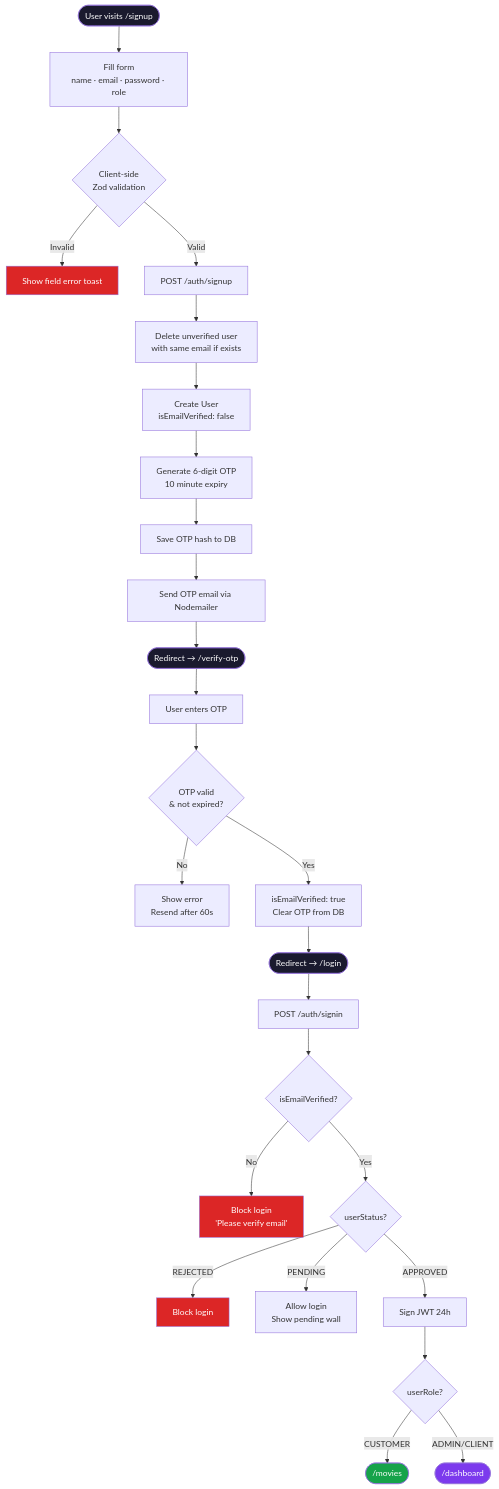
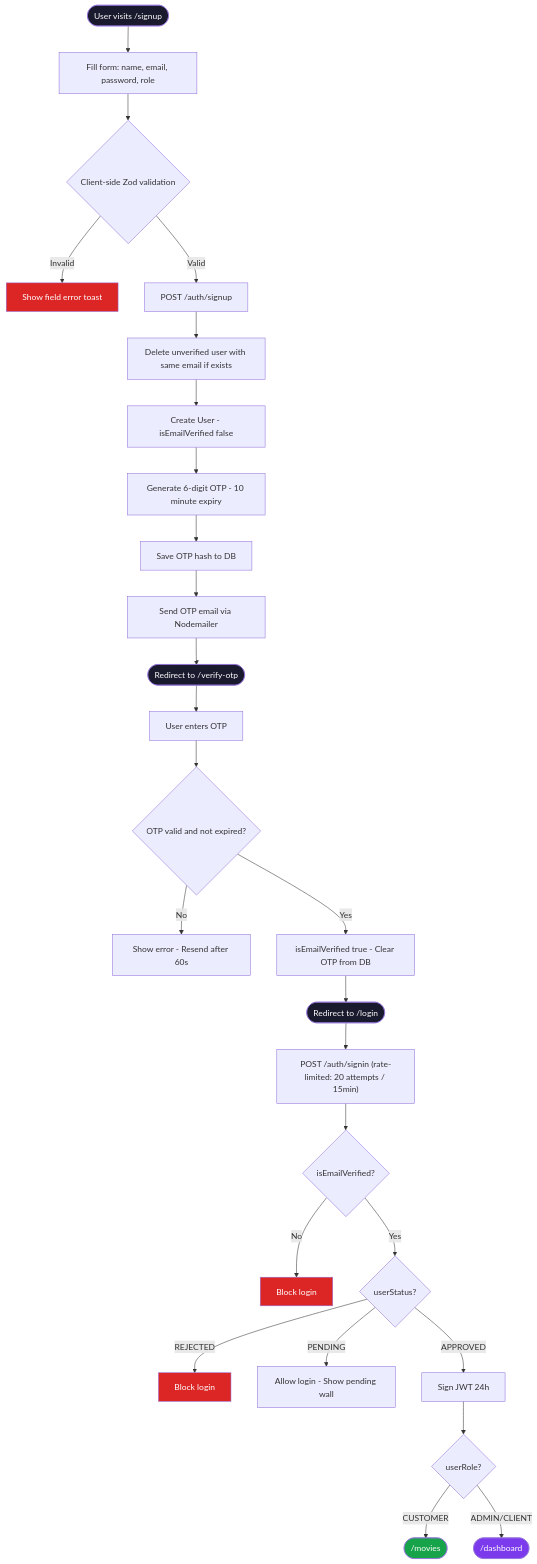
Before and after one commit to AmanBhaskar16/Ticket-Booking-Platform: the third of 5 diagrams in README.md, drawn with Mermaid. The commit also changed other lines of this file, not shown here.

````diff
--- a/README.md
+++ b/README.md
@@ -171,39 +188,39 @@
 ```mermaid
 flowchart TD
-    A([User visits /signup]) --> B[Fill form\nname · email · password · role]
-    B --> C{Client-side\nZod validation}
+    A([User visits /signup]) --> B[Fill form: name, email, password, role]
+    B --> C{Client-side Zod validation}
     C -- Invalid --> D[Show field error toast]
     C -- Valid --> E[POST /auth/signup]
-    E --> F[Delete unverified user\nwith same email if exists]
-    F --> G[Create User\nisEmailVerified: false]
-    G --> H[Generate 6-digit OTP\n10 minute expiry]
+    E --> F[Delete unverified user with same email if exists]
+    F --> G[Create User - isEmailVerified false]
+    G --> H[Generate 6-digit OTP - 10 minute expiry]
     H --> I[Save OTP hash to DB]
     I --> J[Send OTP email via Nodemailer]
-    J --> K([Redirect → /verify-otp])
+    J --> K([Redirect to /verify-otp])
 
     K --> L[User enters OTP]
-    L --> M{OTP valid\n& not expired?}
-    M -- No --> N[Show error\nResend after 60s]
-    M -- Yes --> O[isEmailVerified: true\nClear OTP from DB]
-    O --> P([Redirect → /login])
+    L --> M{OTP valid and not expired?}
+    M -- No --> N[Show error - Resend after 60s]
+    M -- Yes --> O[isEmailVerified true - Clear OTP from DB]
+    O --> P([Redirect to /login])
 
-    P --> Q[POST /auth/signin]
+    P --> Q["POST /auth/signin (rate-limited: 20 attempts / 15min)"]
     Q --> R{isEmailVerified?}
-    R -- No --> S[Block login\n'Please verify email']
+    R -- No --> S[Block login]
     R -- Yes --> T{userStatus?}
     T -- REJECTED --> U[Block login]
-    T -- PENDING --> V[Allow login\nShow pending wall]
+    T -- PENDING --> V[Allow login - Show pending wall]
     T -- APPROVED --> W[Sign JWT 24h]
     W --> X{userRole?}
     X -- CUSTOMER --> Y([/movies])
     X -- ADMIN/CLIENT --> Z([/dashboard])
 
     style A fill:#1a1a2e,color:#fff
     style K fill:#1a1a2e,color:#fff
     style P fill:#1a1a2e,color:#fff
     style Y fill:#16a34a,color:#fff
     style Z fill:#7c3aed,color:#fff
     style D fill:#dc2626,color:#fff
     style S fill:#dc2626,color:#fff
     style U fill:#dc2626,color:#fff
 ```
````
